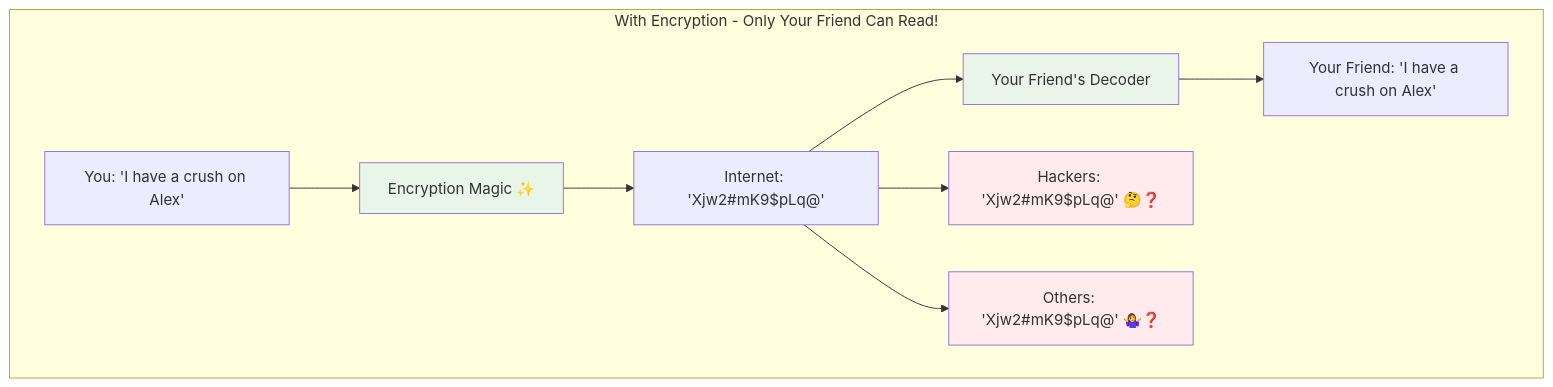
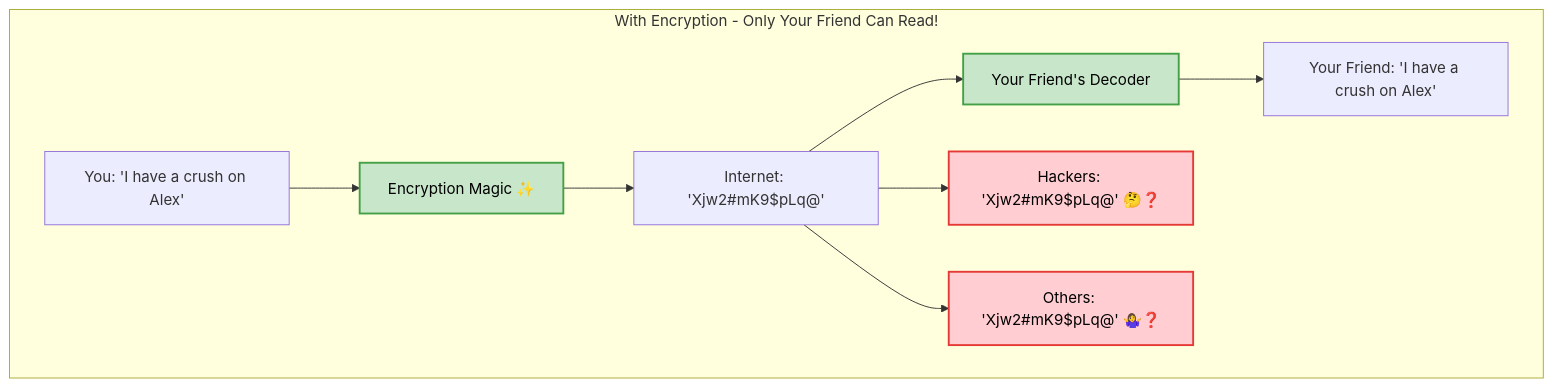
One commit to prabhatg/signal_crypto_lib changed the third of 16 diagrams in docs/signal_protocol_for_kids.md. Above: the diagram before and after it, drawn with Mermaid. The commit also changed other lines of this file and 1 other file, not shown here.

Commit message:
Documentation diagram updates

````diff
--- a/docs/signal_protocol_for_kids.md
+++ b/docs/signal_protocol_for_kids.md
@@ -74,17 +74,17 @@
 ```mermaid
 graph TB
     subgraph "With Encryption - Only Your Friend Can Read!"
         A[You: 'I have a crush on Alex'] --> B[Encryption Magic ✨]
         B --> C[Internet: 'Xjw2#mK9$pLq@']
         C --> D[Your Friend's Decoder]
         D --> E[Your Friend: 'I have a crush on Alex']
         
         C --> F[Hackers: 'Xjw2#mK9$pLq@' 🤔❓]
         C --> G[Others: 'Xjw2#mK9$pLq@' 🤷‍♀️❓]
     end
     
-    style B fill:#e8f5e8
-    style D fill:#e8f5e8
-    style F fill:#ffebee
-    style G fill:#ffebee
+    style B fill:#c8e6c9,stroke:#43a047,stroke-width:2px,color:#000
+    style D fill:#c8e6c9,stroke:#43a047,stroke-width:2px,color:#000
+    style F fill:#ffcdd2,stroke:#e53935,stroke-width:2px,color:#000
+    style G fill:#ffcdd2,stroke:#e53935,stroke-width:2px,color:#000
 ```
````
